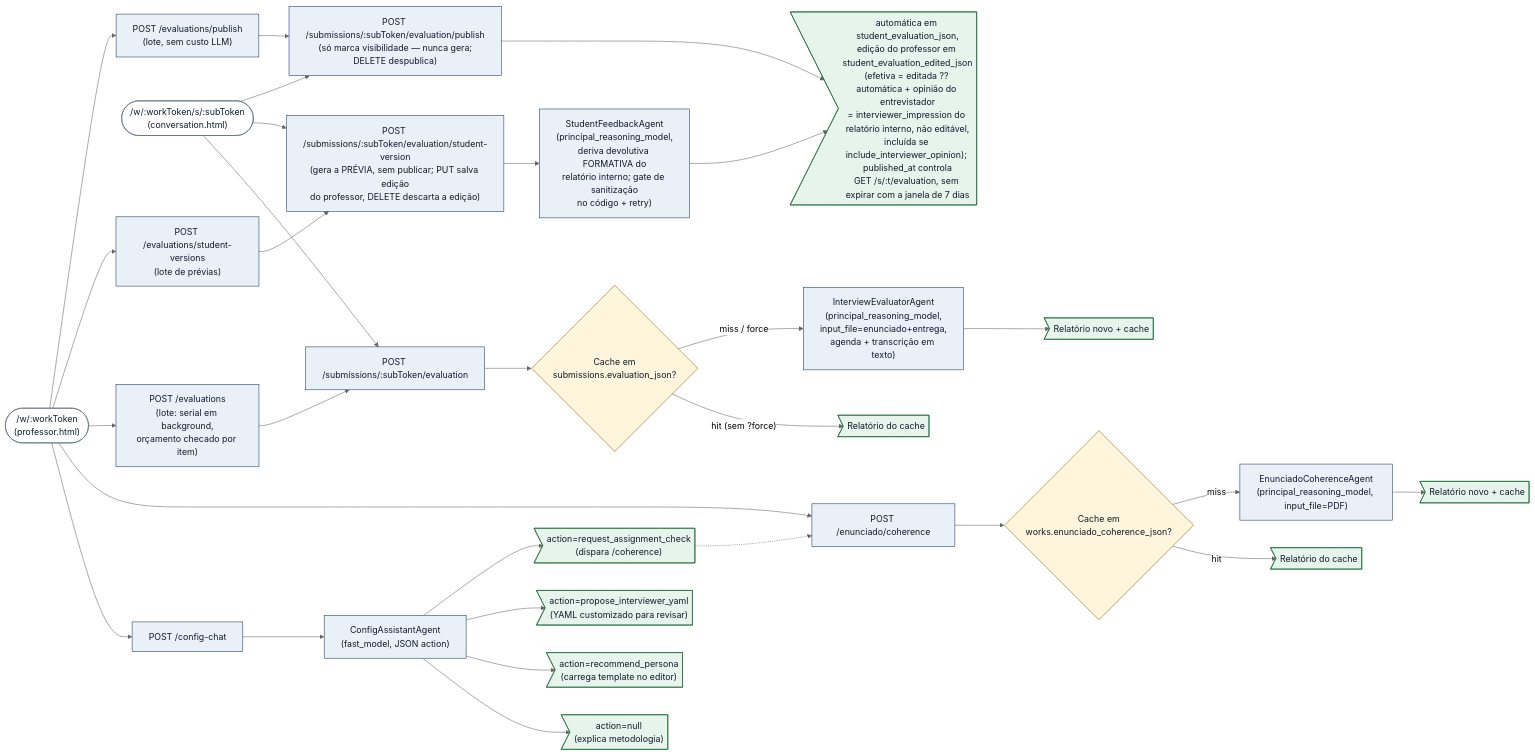
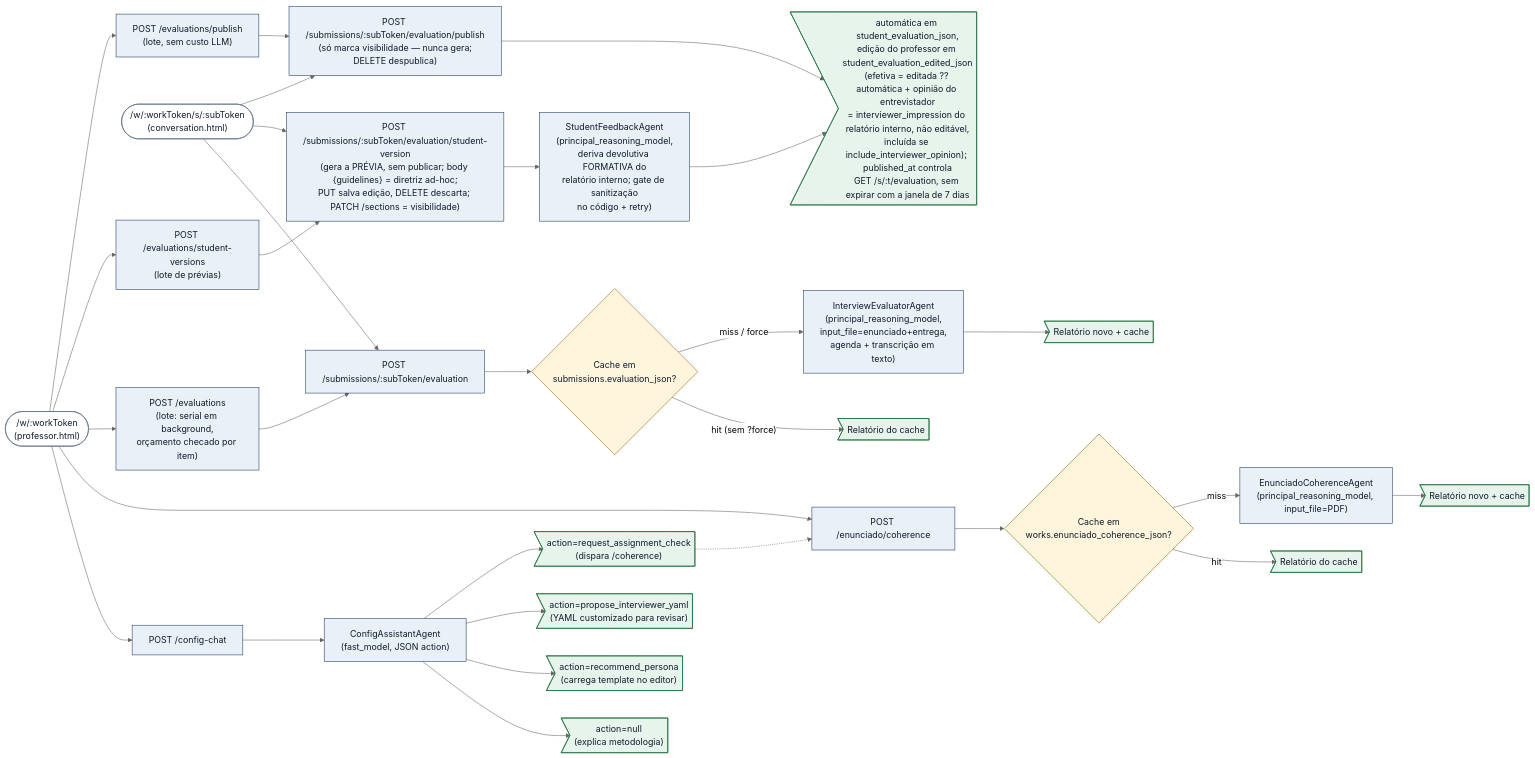
The second of 2 diagrams in docs/architecture.md (gladsjr/super-ta), drawn with Mermaid (neutral theme) before and after one commit. The commit also changed 6 other files, not shown here.

````diff
--- a/docs/architecture.md
+++ b/docs/architecture.md
@@ -128,49 +128,49 @@
 ```mermaid
 flowchart LR
   ProfUI(["/w/:workToken<br/>(professor.html)"]) --> ChatHandler["POST /config-chat"]
   ProfUI --> CoherenceHandler["POST /enunciado/coherence"]
   ConvUI(["/w/:workToken/s/:subToken<br/>(conversation.html)"]) --> EvalHandler["POST /submissions/:subToken/evaluation"]
   ProfUI --> BatchHandler["POST /evaluations<br/>(lote: serial em background,<br/>orçamento checado por item)"]
   BatchHandler --> EvalHandler
 
   EvalHandler --> EvalCache{"Cache em<br/>submissions.evaluation_json?"}
   EvalCache -- "hit (sem ?force)" --> OutEvalCached>"Relatório do cache"]
   EvalCache -- "miss / force" --> EvalAgent["InterviewEvaluatorAgent<br/>(principal_reasoning_model,<br/>input_file=enunciado+entrega,<br/>agenda + transcrição em texto)"]
   EvalAgent --> OutEvalFresh>"Relatório novo + cache"]
 
-  ConvUI --> DeriveHandler["POST /submissions/:subToken/evaluation/student-version<br/>(gera a PRÉVIA, sem publicar; PUT salva edição<br/>do professor, DELETE descarta a edição)"]
+  ConvUI --> DeriveHandler["POST /submissions/:subToken/evaluation/student-version<br/>(gera a PRÉVIA, sem publicar; body {guidelines} = diretriz ad-hoc;<br/>PUT salva edição, DELETE descarta; PATCH /sections = visibilidade)"]
   ProfUI --> DeriveBatch["POST /evaluations/student-versions<br/>(lote de prévias)"]
   DeriveBatch --> DeriveHandler
   DeriveHandler --> FeedbackAgent["StudentFeedbackAgent<br/>(principal_reasoning_model,<br/>deriva devolutiva FORMATIVA do<br/>relatório interno; gate de sanitização<br/>no código + retry)"]
   ConvUI --> PublishHandler["POST /submissions/:subToken/evaluation/publish<br/>(só marca visibilidade — nunca gera;<br/>DELETE despublica)"]
   ProfUI --> PublishBatch["POST /evaluations/publish<br/>(lote, sem custo LLM)"]
   PublishBatch --> PublishHandler
   FeedbackAgent --> OutPublished>"automática em student_evaluation_json,<br/>edição do professor em student_evaluation_edited_json<br/>(efetiva = editada ?? automática + opinião do entrevistador<br/>= interviewer_impression do relatório interno, não editável,<br/>incluída se include_interviewer_opinion); published_at controla<br/>GET /s/:t/evaluation, sem expirar com a janela de 7 dias"]
   PublishHandler --> OutPublished
 
   ChatHandler --> ConfigAgent["ConfigAssistantAgent<br/>(fast_model, JSON action)"]
   ConfigAgent --> ActExplain>"action=null<br/>(explica metodologia)"]
   ConfigAgent --> ActPersona>"action=recommend_persona<br/>(carrega template no editor)"]
   ConfigAgent --> ActYaml>"action=propose_interviewer_yaml<br/>(YAML customizado para revisar)"]
   ConfigAgent --> ActCheck>"action=request_assignment_check<br/>(dispara /coherence)"]
   ActCheck -.-> CoherenceHandler
 
   CoherenceHandler --> Cache{"Cache em<br/>works.enunciado_coherence_json?"}
   Cache -- "hit" --> OutCached>"Relatório do cache"]
   Cache -- "miss" --> CoherenceAgent["EnunciadoCoherenceAgent<br/>(principal_reasoning_model, input_file=PDF)"]
   CoherenceAgent --> OutFresh>"Relatório novo + cache"]
 
   classDef agent fill:#eaf0f7,stroke:#1e3a5f,color:#0f1b2d;
   classDef gate  fill:#fff4dc,stroke:#8a6100,color:#0f1b2d;
   classDef out   fill:#e7f4eb,stroke:#1f6c3b,color:#0f1b2d;
   classDef entry fill:#ffffff,stroke:#5a6b80,color:#0f1b2d;
   class ChatHandler,CoherenceHandler,ConfigAgent,CoherenceAgent,EvalHandler,BatchHandler,EvalAgent,DeriveHandler,DeriveBatch,PublishHandler,PublishBatch,FeedbackAgent agent
   class Cache,EvalCache gate
   class ActExplain,ActPersona,ActYaml,ActCheck,OutCached,OutFresh,OutEvalCached,OutEvalFresh,OutPublished out
   class ProfUI,ConvUI entry
 
   click ConfigAgent "vscode://file/c:/Users/glads/src/super-ta/agents/ConfigAssistantAgent.js" "Abre ConfigAssistantAgent"
   click CoherenceAgent "vscode://file/c:/Users/glads/src/super-ta/agents/EnunciadoCoherenceAgent.js" "Abre EnunciadoCoherenceAgent"
   click EvalAgent "vscode://file/c:/Users/glads/src/super-ta/agents/InterviewEvaluatorAgent.js:162" "Abre o systemPromptBody do InterviewEvaluatorAgent"
   click FeedbackAgent "vscode://file/c:/Users/glads/src/super-ta/agents/StudentFeedbackAgent.js:100" "Abre o systemPromptBody do StudentFeedbackAgent"
 ```
````
